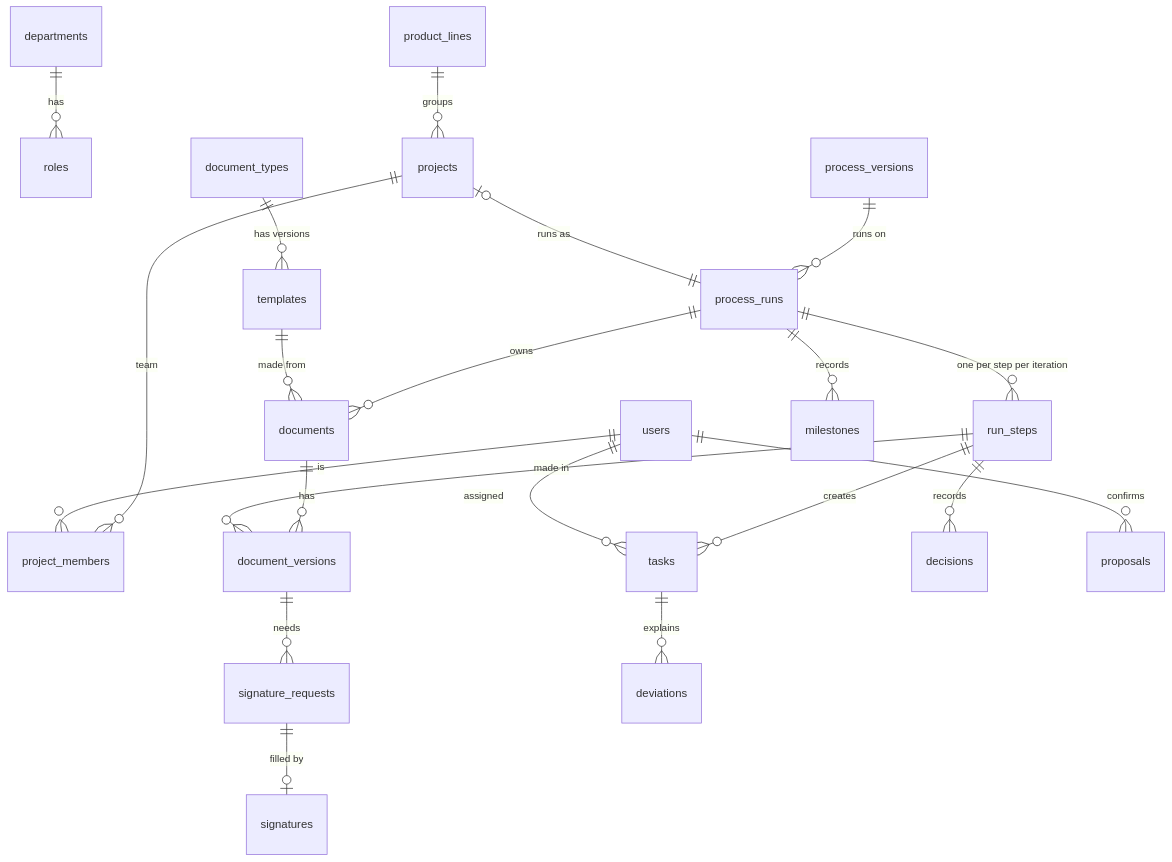
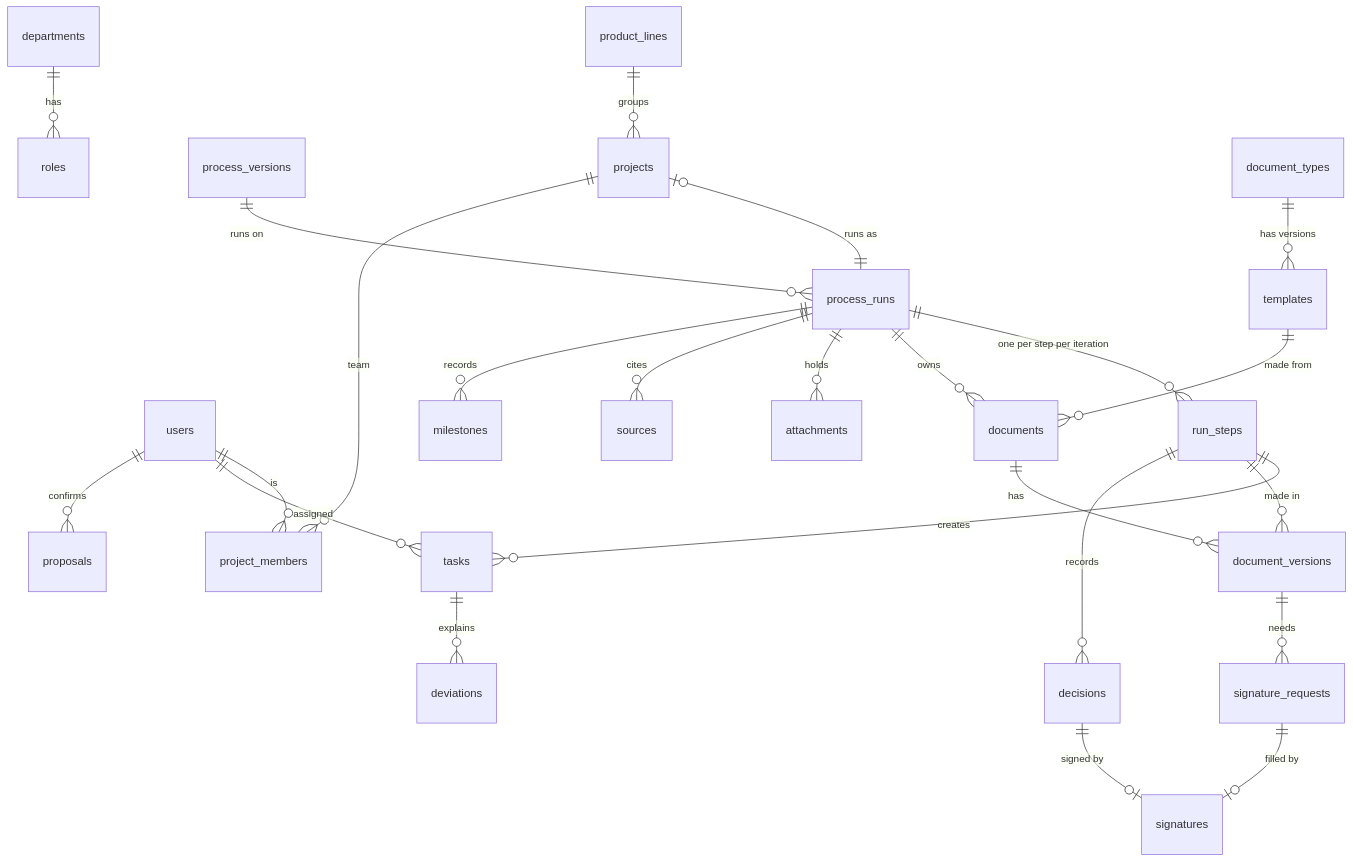
One commit to sharath101/coal changed the diagram in docs/data-model.md. Above: the diagram before and after it, drawn with Mermaid. The commit also changed other lines of this file and 117 other files, not shown here.

Commit message:
Add documents, templates, signatures, attachments and file scanning

````diff
--- a/docs/data-model.md
+++ b/docs/data-model.md
@@ -29,23 +29,26 @@
 ```mermaid
 erDiagram
   departments ||--o{ roles : has
   process_versions ||--o{ process_runs : "runs on"
   projects |o--|| process_runs : "runs as"
   product_lines ||--o{ projects : groups
   projects ||--o{ project_members : team
   users ||--o{ project_members : is
   process_runs ||--o{ run_steps : "one per step per iteration"
   run_steps ||--o{ tasks : creates
   users ||--o{ tasks : "assigned"
   process_runs ||--o{ documents : owns
   document_types ||--o{ templates : "has versions"
   templates ||--o{ documents : "made from"
   documents ||--o{ document_versions : has
   run_steps ||--o{ document_versions : "made in"
   document_versions ||--o{ signature_requests : needs
   signature_requests ||--o| signatures : "filled by"
+  decisions ||--o| signatures : "signed by"
+  process_runs ||--o{ attachments : holds
+  process_runs ||--o{ sources : cites
   run_steps ||--o{ decisions : records
   process_runs ||--o{ milestones : records
   tasks ||--o{ deviations : explains
   users ||--o{ proposals : "confirms"
 ```
````
